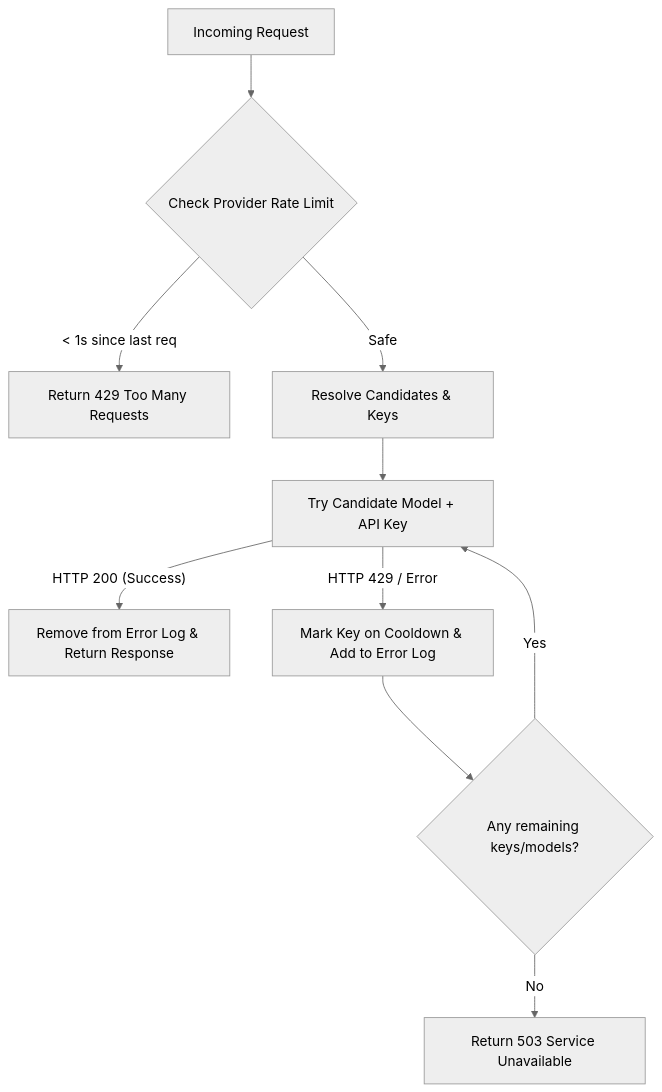
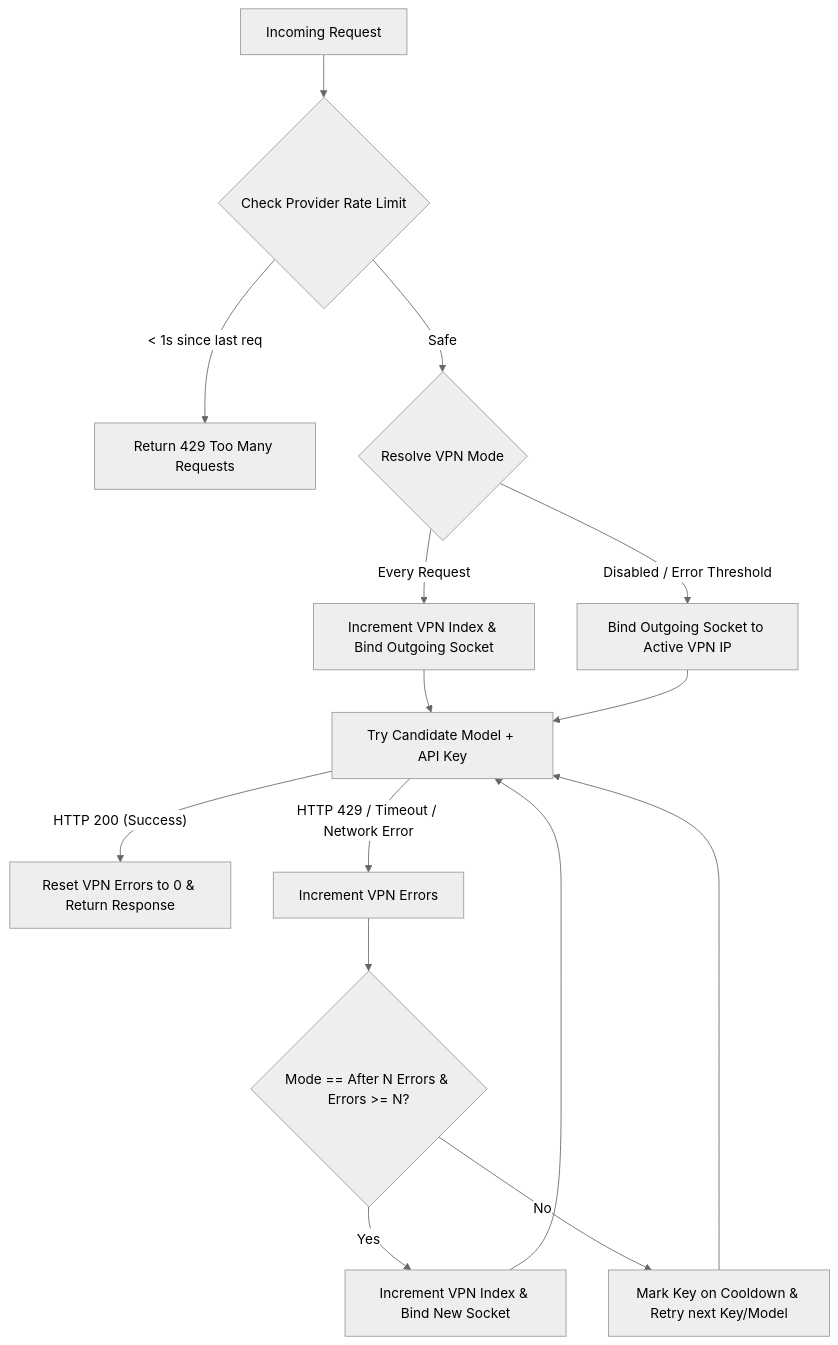
Before and after one commit to Satori8/RotationProxy: the diagram in README.md, drawn with Mermaid (neutral theme). The commit also changed other lines of this file, not shown here.

Commit message:
docs: update README.md to represent latest resilient proxy features, isolated socket VPN routing, and model manager

````diff
--- a/README.md
+++ b/README.md
@@ -97,12 +108,22 @@
 ```mermaid
 graph TD
     A[Incoming Request] --> B{Check Provider Rate Limit}
     B -- < 1s since last req --> C[Return 429 Too Many Requests]
-    B -- Safe --> D[Resolve Candidates & Keys]
-    D --> E[Try Candidate Model + API Key]
-    E -- HTTP 200 (Success) --> F[Remove from Error Log & Return Response]
-    E -- HTTP 429 / Error --> G[Mark Key on Cooldown & Add to Error Log]
-    G --> H{Any remaining keys/models?}
-    H -- Yes --> E
-    H -- No --> I[Return 503 Service Unavailable]
+    B -- Safe --> D{Resolve VPN Mode}
+    
+    D -- Every Request --> E[Increment VPN Index & Bind Outgoing Socket]
+    D -- Disabled / Error Threshold --> F[Bind Outgoing Socket to Active VPN IP]
+    
+    E --> G[Try Candidate Model + API Key]
+    F --> G
+    
+    G -- HTTP 200 (Success) --> H[Reset VPN Errors to 0 & Return Response]
+    G -- HTTP 429 / Timeout / Network Error --> I[Increment VPN Errors]
+    
+    I --> J{Mode == After N Errors & Errors >= N?}
+    J -- Yes --> K[Increment VPN Index & Bind New Socket]
+    K --> G
+    
+    J -- No --> L[Mark Key on Cooldown & Retry next Key/Model]
+    L --> G
 ```
````
